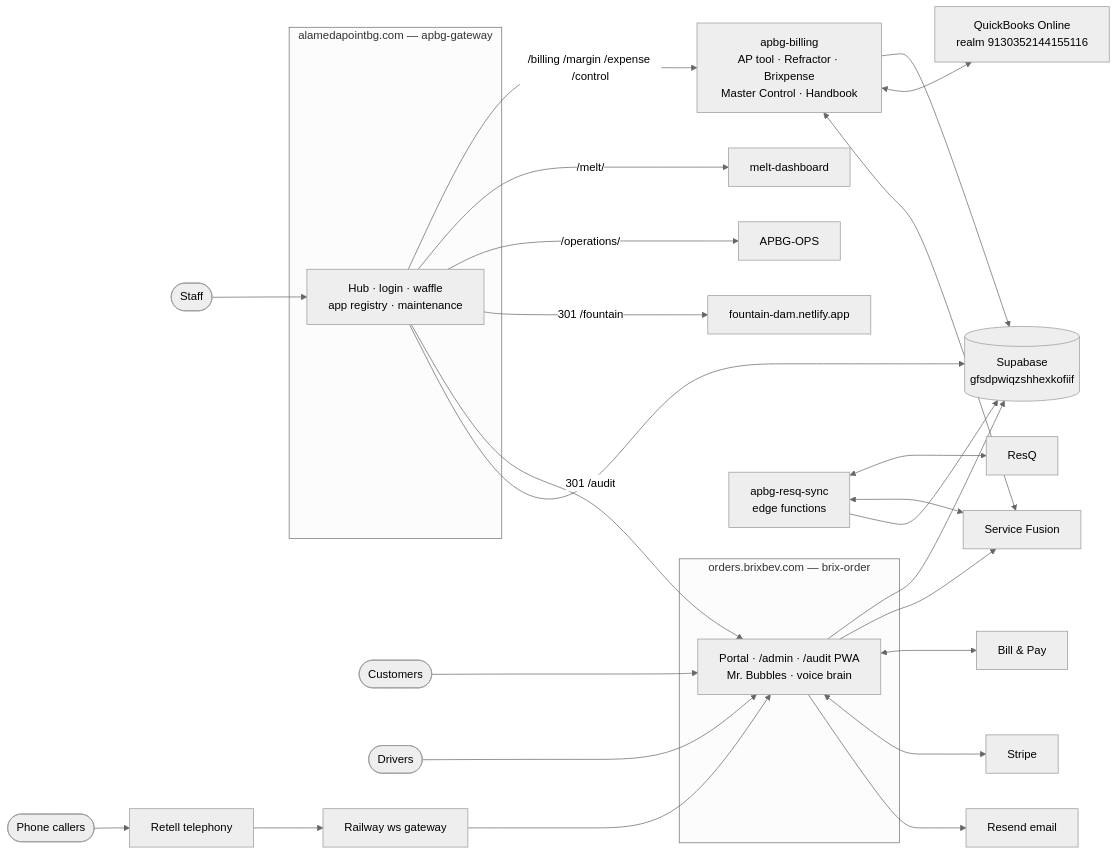
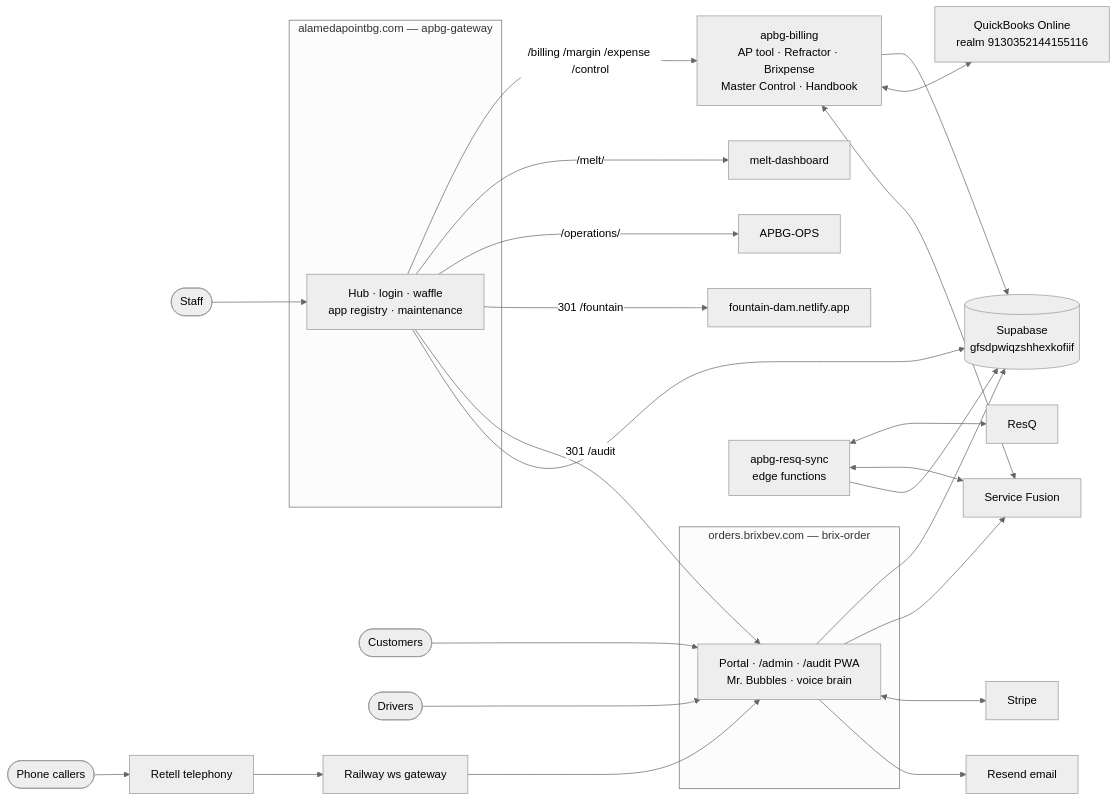
One commit to skypace/apbg-billing changed the first of 5 diagrams in docs/handbook/12-architecture-overview.md. Above: the diagram before and after it, drawn with Mermaid (neutral theme). The commit also changed other lines of this file and 4 other files, not shown here.

````diff
--- a/docs/handbook/12-architecture-overview.md
+++ b/docs/handbook/12-architecture-overview.md
@@ -11,36 +11,35 @@
 ```mermaid
 flowchart LR
   staff([Staff]) --> gw
   cust([Customers]) --> bo
   drv([Drivers]) --> bo
   phone([Phone callers]) --> retell
 
   subgraph Gateway["alamedapointbg.com — apbg-gateway"]
     gw[Hub · login · waffle<br/>app registry · maintenance]
   end
 
   gw -->|"/billing /margin /expense /control"| ab[apbg-billing<br/>AP tool · Refractor · Brixpense<br/>Master Control · Handbook]
   gw -->|"/melt/"| melt[melt-dashboard]
   gw -->|"/operations/"| ops2[APBG-OPS]
   gw -->|"301 /fountain"| dam[fountain-dam.netlify.app]
   gw -->|"301 /audit"| bo
 
   subgraph Orders["orders.brixbev.com — brix-order"]
     bo[Portal · /admin · /audit PWA<br/>Mr. Bubbles · voice brain]
   end
 
   retell[Retell telephony] --> rail[Railway ws gateway] --> bo
 
   ab --> sb[(Supabase<br/>gfsdpwiqzshhexkofiif)]
   bo --> sb
   gw --> sb
   ab <--> qbo[QuickBooks Online<br/>realm 9130352144155116]
   ab <--> sf[Service Fusion]
   bo --> sf
-  bo <--> bp["Bill & Pay"]
   bo <--> stripe[Stripe]
   bo --> resend[Resend email]
   rsync[apbg-resq-sync<br/>edge functions] <--> resq[ResQ]
   rsync <--> sf
   rsync --> sb
 ```
````
